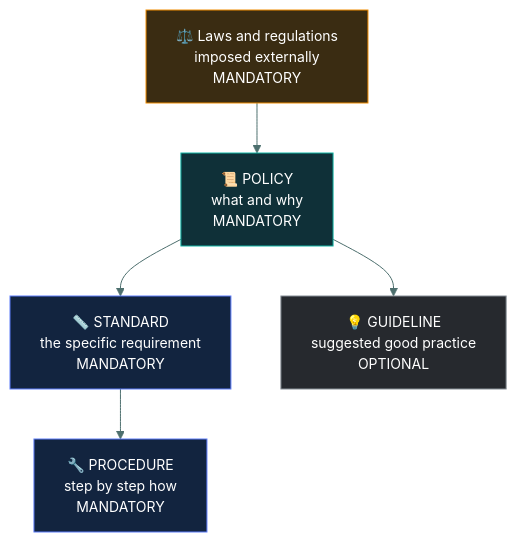
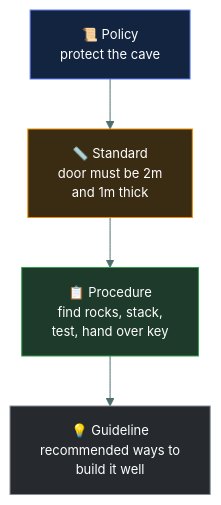
The first of 3 diagrams in 01-security-principles/governance-documents/README.md (tarunTejaDesireddy/cc-exam-prep), drawn with Mermaid before and after one commit. The commit also changed other lines of this file and 1 other file, not shown here.

````diff
--- a/01-security-principles/governance-documents/README.md
+++ b/01-security-principles/governance-documents/README.md
@@ -78,14 +48,13 @@
 ```mermaid
-%%{init: {'theme':'base','themeVariables':{'fontSize':'14px','lineColor':'#4d6f6e','textColor':'#dbe7e6'}}}%%
+%%{init: {'theme':'base','themeVariables':{'fontFamily':'Segoe UI, Helvetica Neue, Arial, sans-serif','fontSize':'13px','lineColor':'#4d6f6e','textColor':'#dbe7e6'}}}%%
 flowchart TD
-    R["⚖️ Laws and regulations<br/>imposed externally<br/>MANDATORY"] --> P["📜 POLICY<br/>what and why<br/>MANDATORY"]
-    P --> S["📏 STANDARD<br/>the specific requirement<br/>MANDATORY"]
-    P --> G["💡 GUIDELINE<br/>suggested good practice<br/>OPTIONAL"]
-    S --> PR["🔧 PROCEDURE<br/>step by step how<br/>MANDATORY"]
+    P["📜 Policy<br/>protect the cave"]
+    P --> S["📏 Standard<br/>door must be 2m<br/>and 1m thick"]
+    S --> PR["📋 Procedure<br/>find rocks, stack,<br/>test, hand over key"]
+    PR --> G["💡 Guideline<br/>recommended ways to<br/>build it well"]
 
-    style R fill:#3a2c12,stroke:#F08C00,color:#fff
-    style P fill:#0f3038,stroke:#12B5A5,color:#fff
-    style S fill:#12243f,stroke:#5C7CFA,color:#fff
-    style PR fill:#12243f,stroke:#5C7CFA,color:#fff
+    style P fill:#12243f,stroke:#5C7CFA,color:#fff
+    style S fill:#3a2c12,stroke:#F08C00,color:#fff
+    style PR fill:#1d3a2a,stroke:#2F9E44,color:#fff
     style G fill:#26292e,stroke:#868E96,color:#fff
 ```
````
